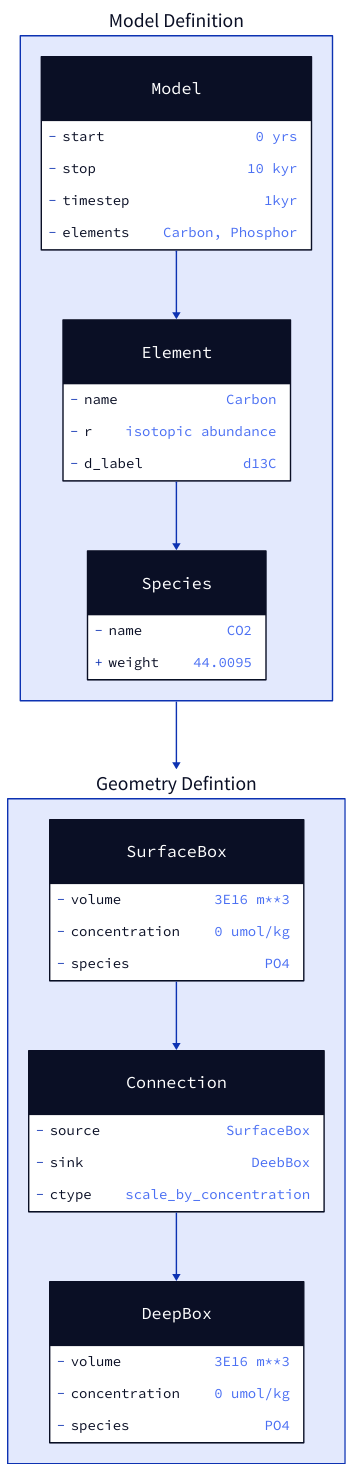
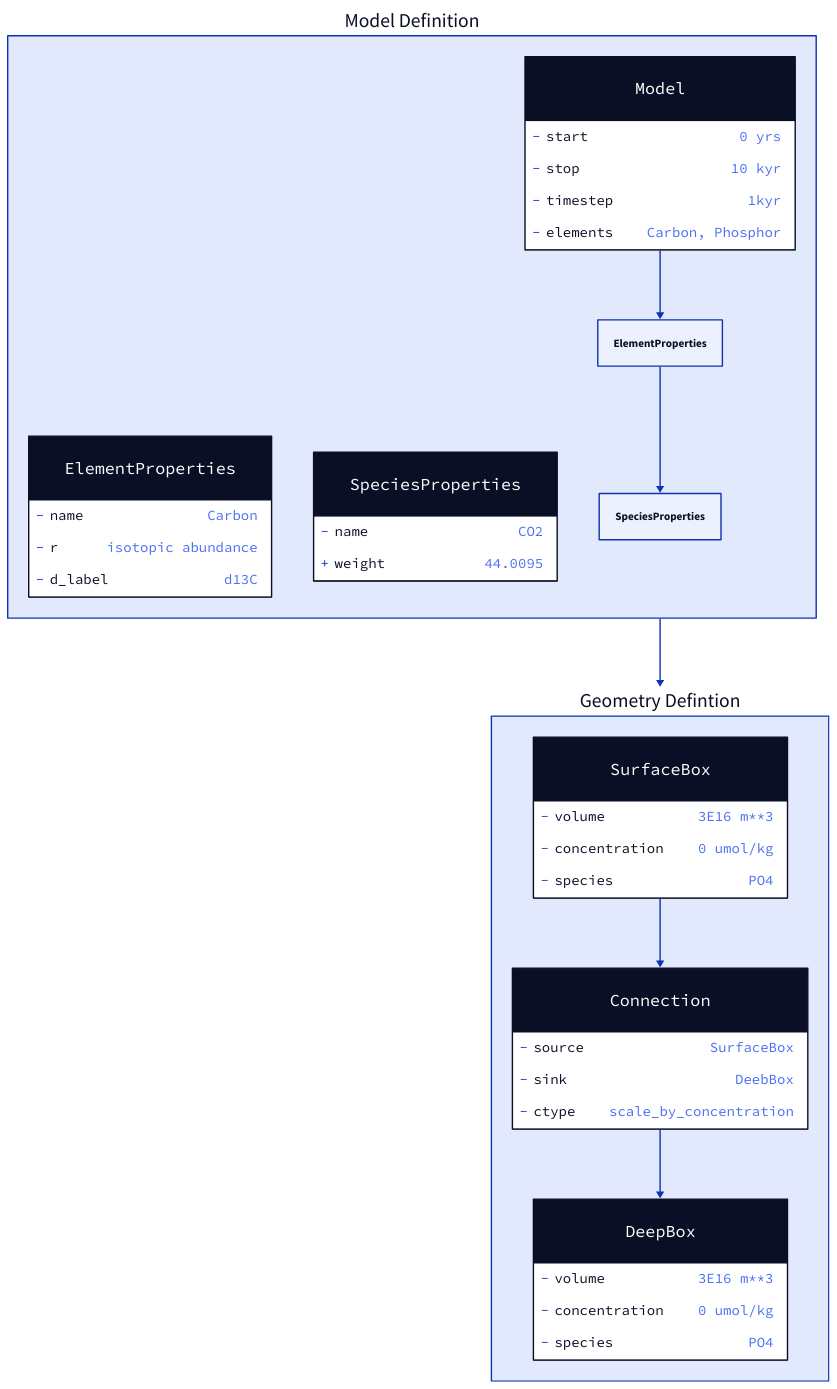
The diagram in docs/manual/model1.d2 (uliw/esbmtk), drawn with D2 before and after one commit. The commit also changed 27 other files, not shown here.

```diff
--- a/docs/manual/model1.d2
+++ b/docs/manual/model1.d2
@@ -1,51 +1,51 @@
 m: Model Definition {
   model: Model {
     shape: class
 
     -start: "0 yrs"
     -stop: "10 kyr"
     -timestep: "1kyr"
     -elements: "Carbon, Phosphor"
   }
-  element: Element {
+  element: ElementProperties {
     shape: class
     -name: Carbon
     -r: isotopic abundance
     -d_label: d13C
   }
 
-  species: Species {
+  species: SpeciesProperties {
     shape: class
     -name: CO2
     weight: 44.0095
   }
 }
 
 geometry: Geometry Defintion {
   sb: SurfaceBox {
     shape: class
     -volume: "3E16 m**3"
     -concentration: "0 umol/kg"
     -species: PO4
   }
 
   c: Connection {
     shape: class
     -source: SurfaceBox
     -sink: DeebBox
     -ctype: scale_by_concentration
   }
 
   db: DeepBox {
     shape: class
     -volume: "3E16 m**3"
     -concentration: "0 umol/kg"
     -species: PO4
   }
 
   sb -> c
   c -> db
 }
 
-m.model -> m.Element -> m.Species
+m.model -> m.ElementProperties -> m.SpeciesProperties
 m -> geometry
```
